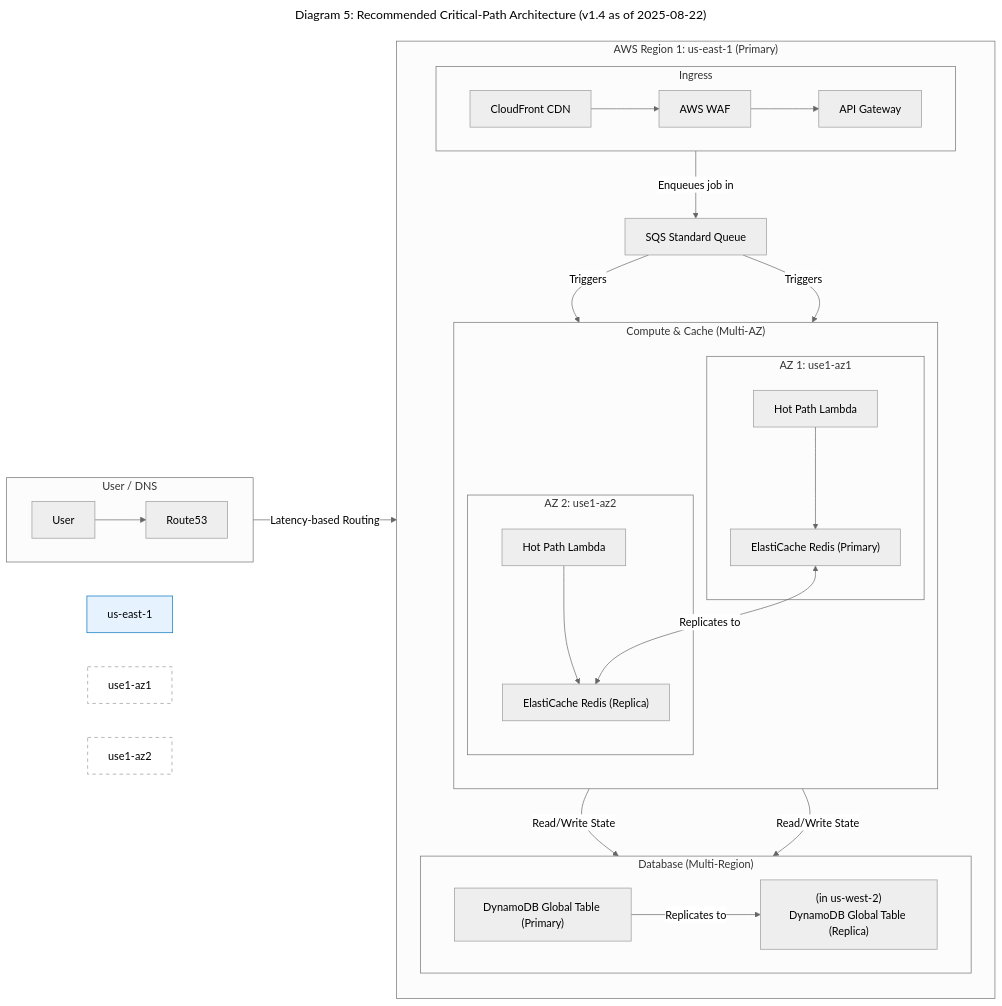
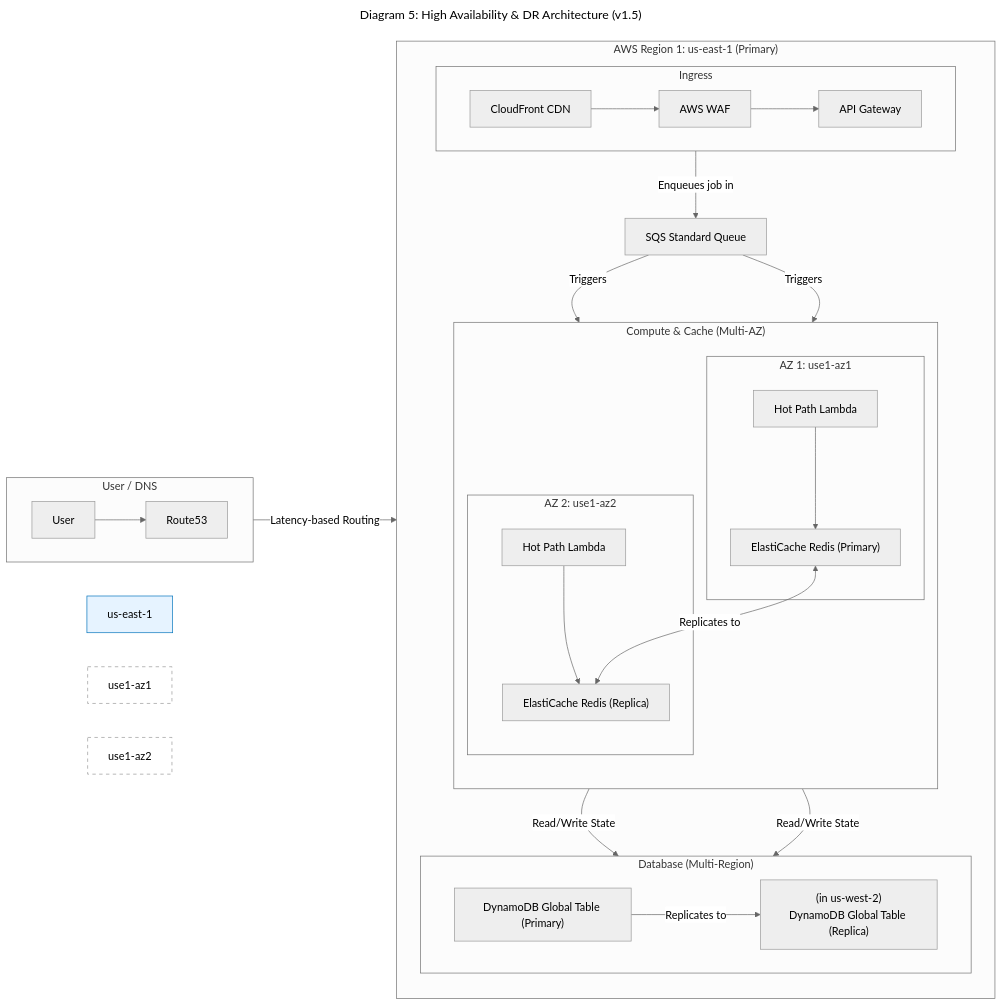
Diagram 12 of 15 in docs/architecture/06-technical-architecture.md (dino10bit/healthsync), drawn with Mermaid (neutral theme) before and after one commit. The commit also changed other lines of this file, not shown here.

Commit message:
Decouple and refine architecture diagrams for clarity

````diff
--- a/docs/architecture/06-technical-architecture.md
+++ b/docs/architecture/06-technical-architecture.md
@@ -1246,46 +1264,46 @@
 ```mermaid
 ---
-title: "Diagram 5: Recommended Critical-Path Architecture (v1.4 as of 2025-08-22)"
+title: "Diagram 5: High Availability & DR Architecture (v1.5)"
 ---
 graph LR
     subgraph "User / DNS"
         direction LR
         User --> Route53
     end
 
     subgraph "AWS Region 1: us-east-1 (Primary)"
         direction TB
         style us-east-1 fill:#e6f3ff,stroke:#0073bb
 
         subgraph Ingress
             direction LR
             CloudFront[CloudFront CDN] --> WAF[AWS WAF] --> ApiGateway[API Gateway]
         end
 
         ApiGateway -- "Enqueues job in" --> SQS[SQS Standard Queue]
 
         subgraph "Compute & Cache (Multi-AZ)"
             direction TB
             subgraph "AZ 1: use1-az1"
                 style use1-az1 fill:#ffffff,stroke-dasharray: 5 5
                 Lambda_A[Hot Path Lambda] --> Redis_A["ElastiCache Redis (Primary)"]
             end
             subgraph "AZ 2: use1-az2"
                 style use1-az2 fill:#ffffff,stroke-dasharray: 5 5
                 Lambda_B[Hot Path Lambda] --> Redis_B["ElastiCache Redis (Replica)"]
             end
         end
 
         SQS -- Triggers --> Lambda_A & Lambda_B
         Redis_A -- "Replicates to" <--> Redis_B
 
         subgraph "Database (Multi-Region)"
             direction LR
             DynamoDB_Global["DynamoDB Global Table (Primary)"] -- "Replicates to" --> DynamoDB_DR["(in us-west-2)<br>DynamoDB Global Table (Replica)"]
         end
 
         Lambda_A & Lambda_B -- "Read/Write State" --> DynamoDB_Global
     end
 
     Route53 -- "Latency-based Routing" --> CloudFront
 ```
````
